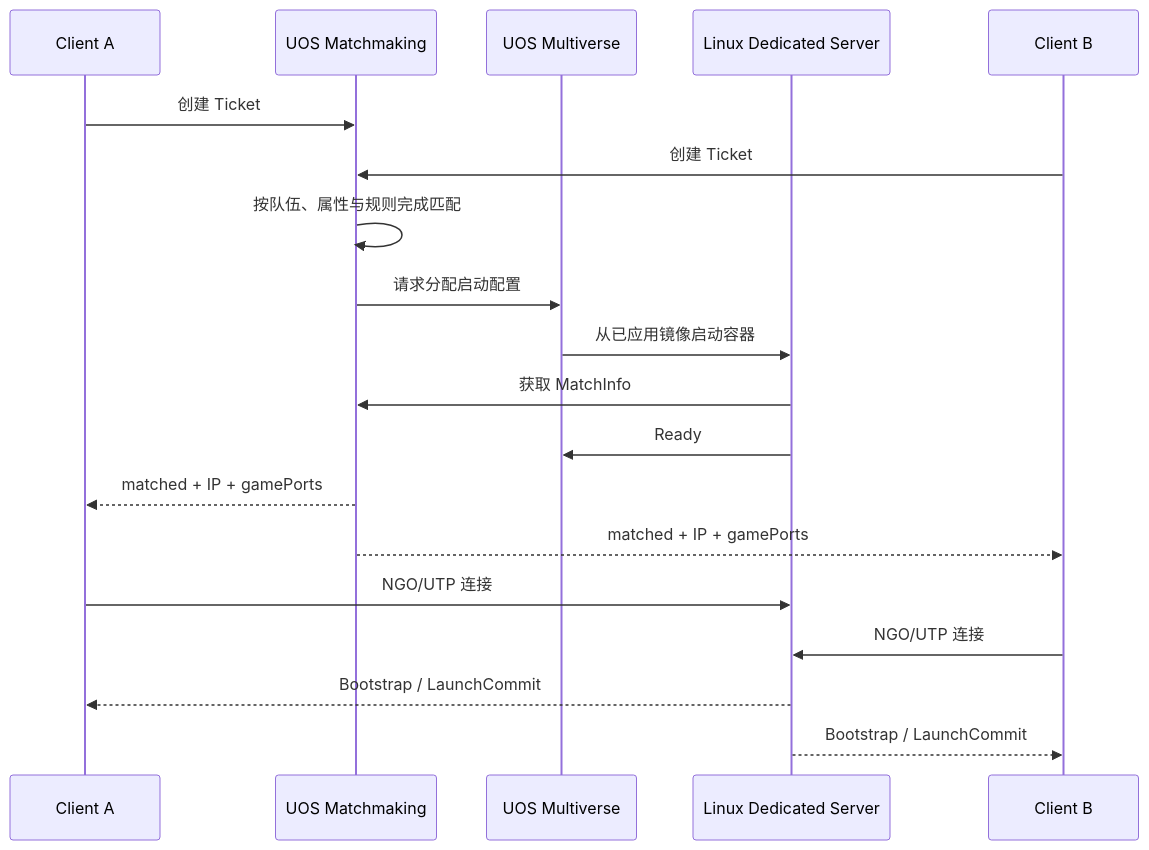
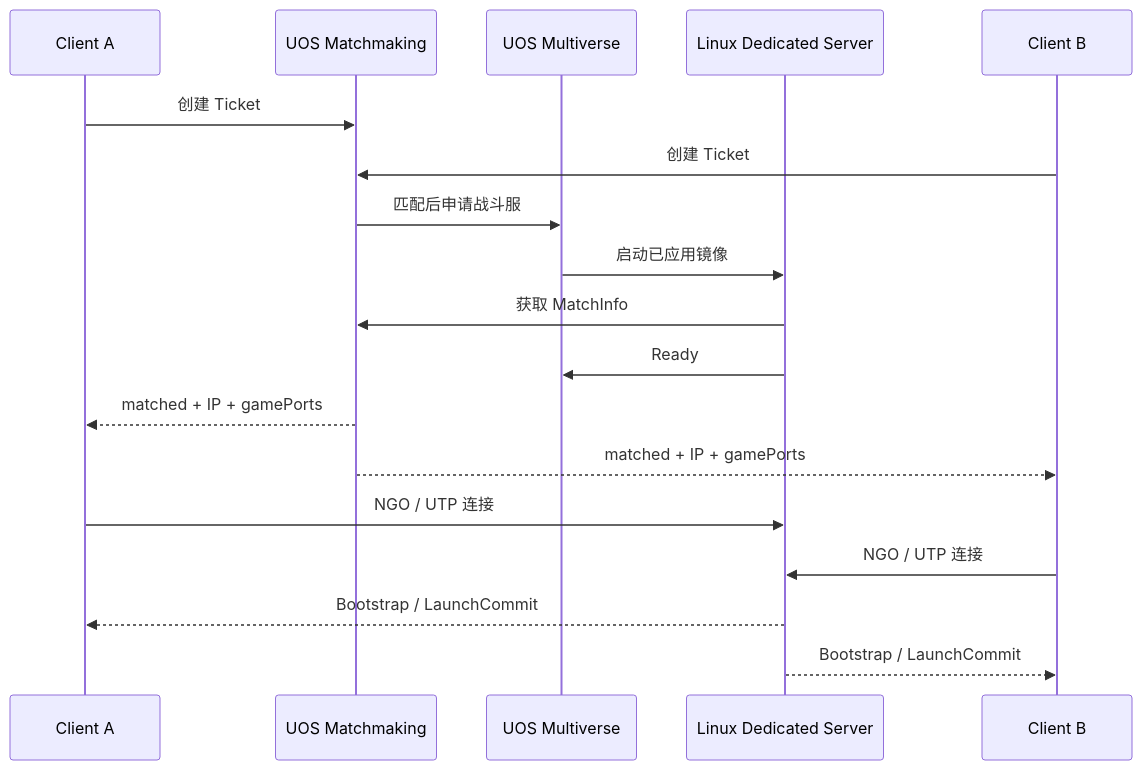
Before and after one commit to Mosya-CX/FrameSyncMobaDemo: the ninth of 9 diagrams in README.md, drawn with Mermaid. The commit also changed other lines of this file, not shown here.

````diff
--- a/README.md
+++ b/README.md
@@ -279,22 +393,21 @@
 ```mermaid
 sequenceDiagram
     participant A as Client A
     participant MM as UOS Matchmaking
     participant MV as UOS Multiverse
     participant GS as Linux Dedicated Server
     participant B as Client B
 
     A->>MM: 创建 Ticket
     B->>MM: 创建 Ticket
-    MM->>MM: 按队伍、属性与规则完成匹配
-    MM->>MV: 请求分配启动配置
-    MV->>GS: 从已应用镜像启动容器
+    MM->>MV: 匹配后申请战斗服
+    MV->>GS: 启动已应用镜像
     GS->>MM: 获取 MatchInfo
     GS->>MV: Ready
     MM-->>A: matched + IP + gamePorts
     MM-->>B: matched + IP + gamePorts
-    A->>GS: NGO/UTP 连接
-    B->>GS: NGO/UTP 连接
+    A->>GS: NGO / UTP 连接
+    B->>GS: NGO / UTP 连接
     GS-->>A: Bootstrap / LaunchCommit
     GS-->>B: Bootstrap / LaunchCommit
 ```
````
